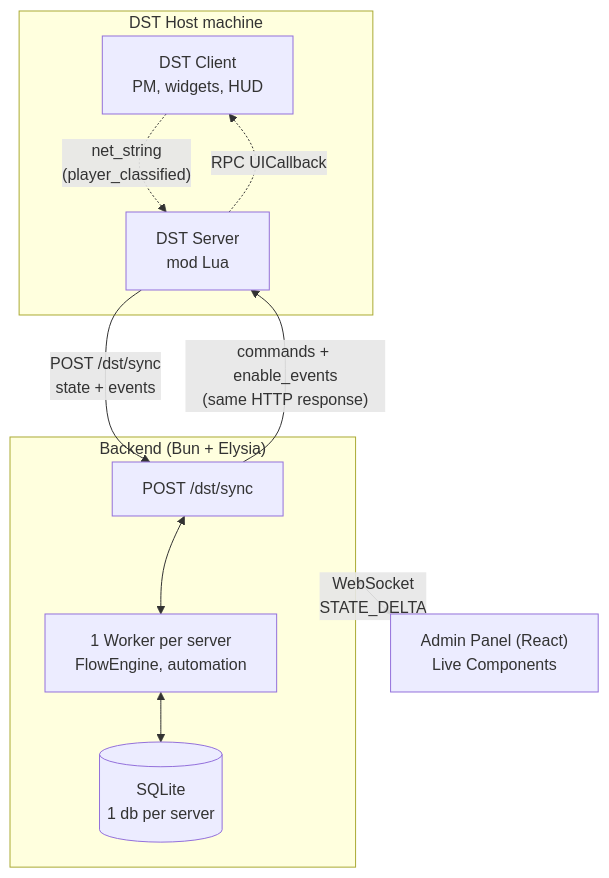
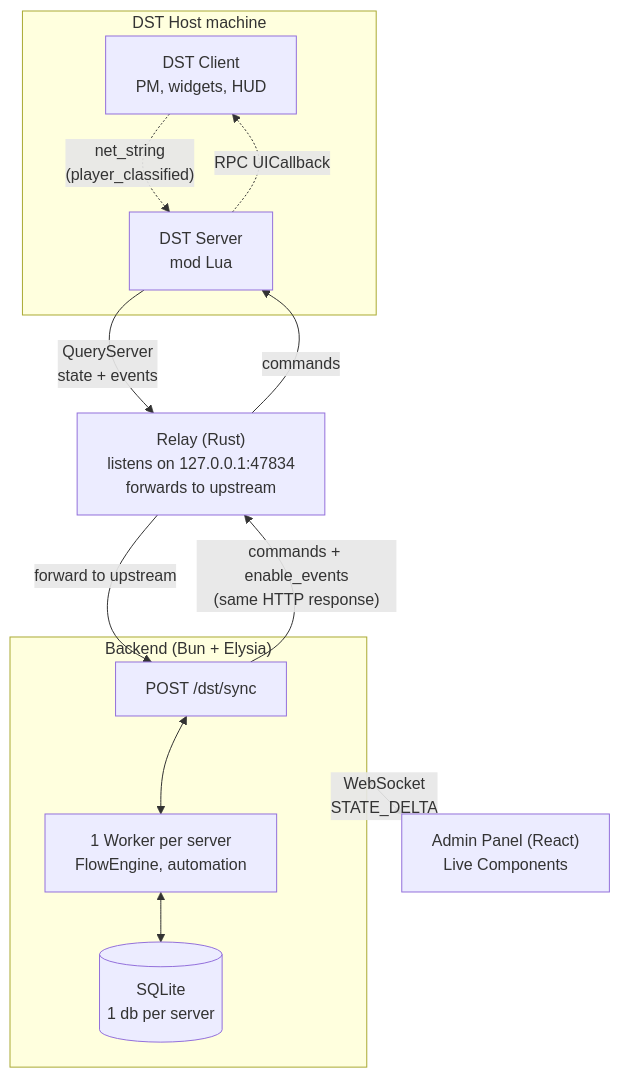
The diagram in README.md (MarcosBrendonDePaula/DSTP), drawn with Mermaid before and after one commit. The commit also changed other lines of this file and 1 other file, not shown here.

Commit message:
docs: show the relay between game and backend in the architecture diagram
The relay (127.0.0.1:47834 forwarder) was missing from the diagram. It's the
bridge the DST sandbox forces: QueryServer can only reach loopback, so the relay
listens locally and forwards to the backend. Added it to the Mermaid flow + a note.

````diff
--- a/README.md
+++ b/README.md
@@ -23,23 +23,27 @@
 ```mermaid
 flowchart TB
     subgraph host["DST Host machine"]
         client["DST Client<br/>PM, widgets, HUD"]
         server["DST Server<br/>mod Lua"]
         client -. "net_string<br/>(player_classified)" .-> server
         server -. "RPC UICallback" .-> client
     end
+
+    relay["Relay (Rust)<br/>listens on 127.0.0.1:47834<br/>forwards to upstream"]
 
     subgraph back["Backend (Bun + Elysia)"]
         api["POST /dst/sync"]
         worker["1 Worker per server<br/>FlowEngine, automation"]
         db[("SQLite<br/>1 db per server")]
         api <--> worker
         worker <--> db
     end
 
     panel["Admin Panel (React)<br/>Live Components"]
 
-    server -- "POST /dst/sync<br/>state + events" --> api
-    api -- "commands + enable_events<br/>(same HTTP response)" --> server
+    server -- "QueryServer<br/>state + events" --> relay
+    relay -- "forward to upstream" --> api
+    api -- "commands + enable_events<br/>(same HTTP response)" --> relay
+    relay -- "commands" --> server
     back <-- "WebSocket<br/>STATE_DELTA" --> panel
 ```
````
